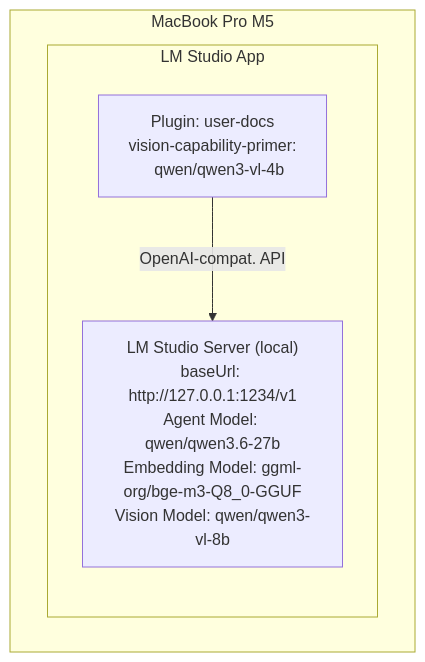
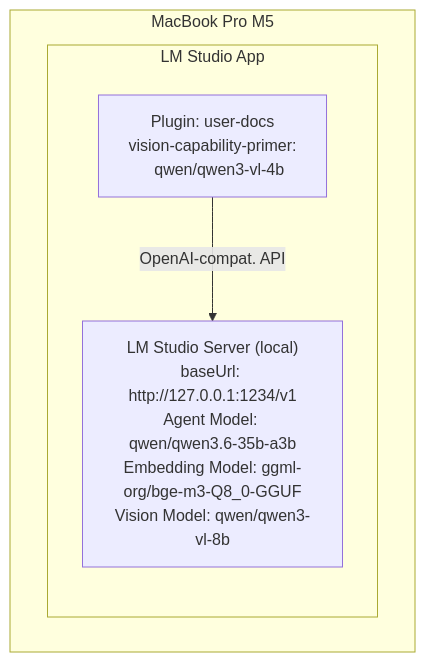
The first of 2 diagrams in docs/DEPLOYMENT.md (ceveyne/user-docs-docs), drawn with Mermaid before and after one commit. The commit also changed other lines of this file and 2 other files, not shown here.

````diff
--- a/docs/DEPLOYMENT.md
+++ b/docs/DEPLOYMENT.md
@@ -35,12 +35,12 @@
 ```mermaid
 graph TD
     subgraph MacBookProM5["MacBook Pro M5"]
         subgraph LMStudioApp["LM Studio App"]
             Plugin["Plugin: user-docs<br>vision-capability-primer:<br>&nbsp;&nbsp; qwen/qwen3-vl-4b"]
 
-            LMServerLocal["LM Studio Server (local)<br>baseUrl: http://127.0.0.1:1234/v1<br>Agent Model: qwen/qwen3.6-27b<br>Embedding Model: ggml-org/bge-m3-Q8_0-GGUF<br>Vision Model: qwen/qwen3-vl-8b"]
+            LMServerLocal["LM Studio Server (local)<br>baseUrl: http://127.0.0.1:1234/v1<br>Agent Model: qwen/qwen3.6-35b-a3b<br>Embedding Model: ggml-org/bge-m3-Q8_0-GGUF<br>Vision Model: qwen/qwen3-vl-8b"]
         end
     end
 
     Plugin -->|"OpenAI-compat. API"| LMServerLocal
 ```
````
